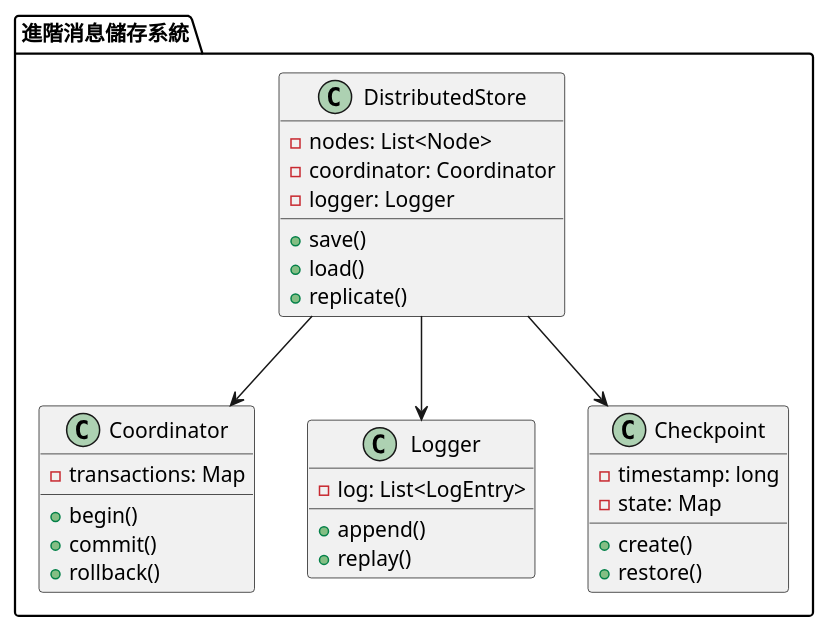
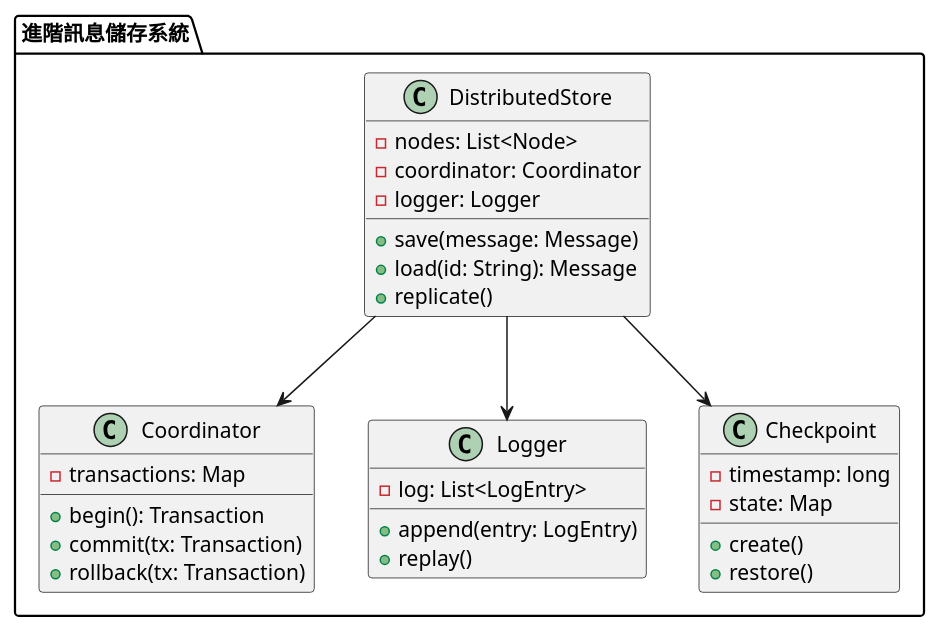
One commit to fine5351/info-sync changed the third of 3 diagrams in doc/learning/architecture/message_queue_persistence_tutorial.md. Above: the diagram before and after it, drawn with PlantUML. The commit also changed other lines of this file and 35 other files, not shown here.

````diff
--- a/doc/learning/architecture/message_queue_persistence_tutorial.md
+++ b/doc/learning/architecture/message_queue_persistence_tutorial.md
@@ -390,38 +278,38 @@
 ```plantuml
 @startuml
-package "進階消息儲存系統" {
+package "進階訊息儲存系統" {
     class DistributedStore {
         - nodes: List<Node>
         - coordinator: Coordinator
         - logger: Logger
-        + save()
-        + load()
+        + save(message: Message)
+        + load(id: String): Message
         + replicate()
     }
     
     class Coordinator {
         - transactions: Map
-        + begin()
-        + commit()
-        + rollback()
+        + begin(): Transaction
+        + commit(tx: Transaction)
+        + rollback(tx: Transaction)
     }
     
     class Logger {
         - log: List<LogEntry>
-        + append()
+        + append(entry: LogEntry)
         + replay()
     }
     
     class Checkpoint {
         - timestamp: long
         - state: Map
         + create()
         + restore()
     }
 }
 
 DistributedStore --> Coordinator
 DistributedStore --> Logger
 DistributedStore --> Checkpoint
 @enduml
 ```
````
